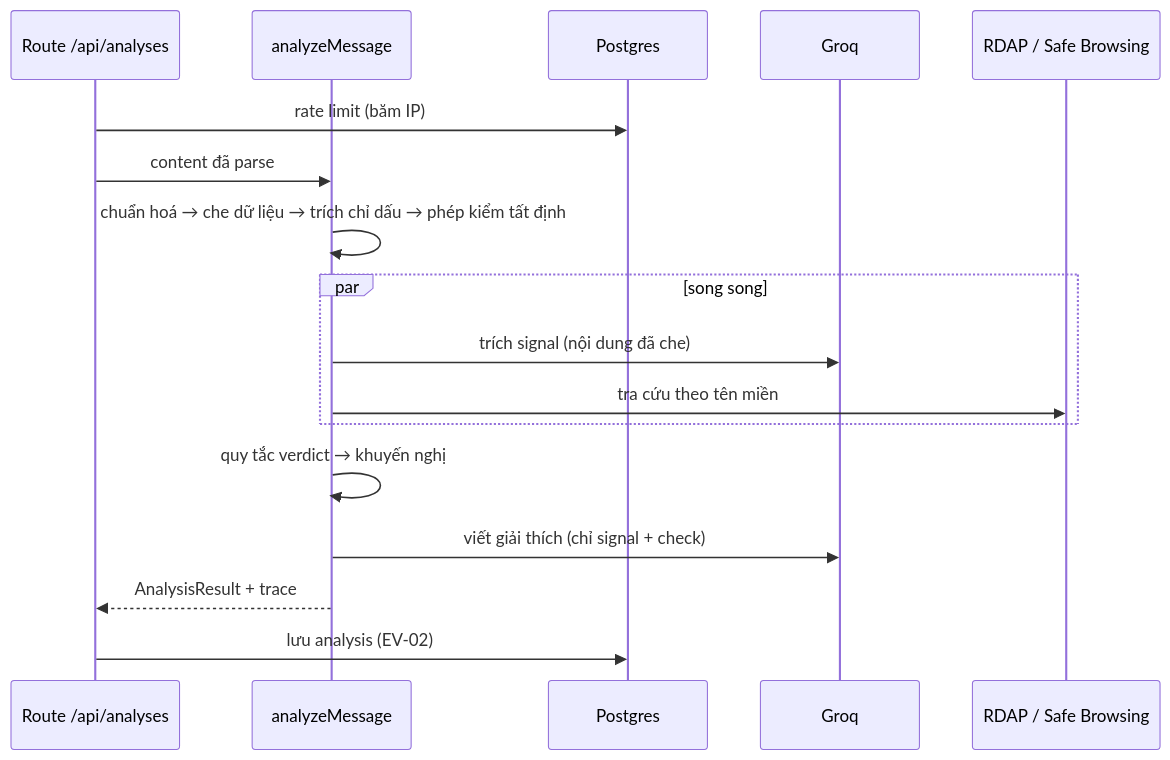
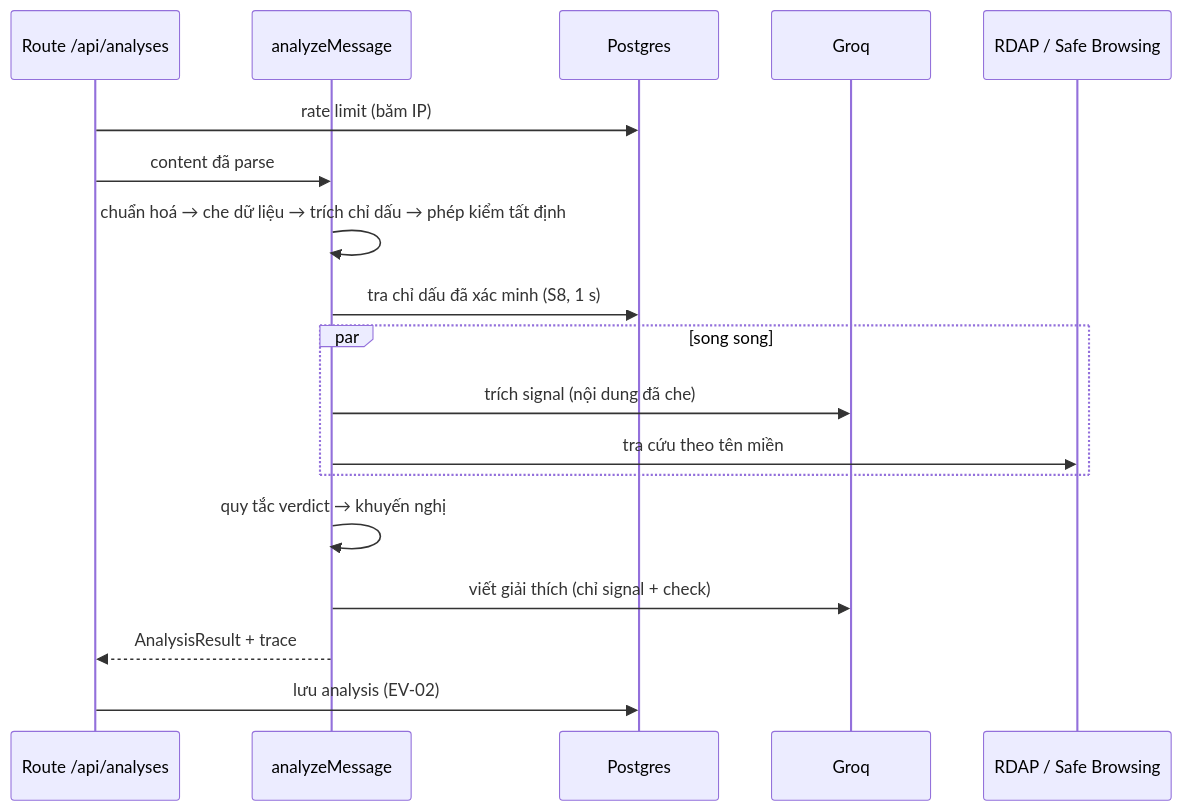
The diagram in docs/design/analysis-pipeline.md (AkiraTomori/ScamShield-Ops), drawn with Mermaid before and after one commit. The commit also changed other lines of this file and 23 other files, not shown here.

````diff
--- a/docs/design/analysis-pipeline.md
+++ b/docs/design/analysis-pipeline.md
@@ -34,20 +34,21 @@
 ```mermaid
 sequenceDiagram
     participant R as Route /api/analyses
     participant A as analyzeMessage
     participant DB as Postgres
     participant L as Groq
     participant X as RDAP / Safe Browsing
     R->>DB: rate limit (băm IP)
     R->>A: content đã parse
     A->>A: chuẩn hoá → che dữ liệu → trích chỉ dấu → phép kiểm tất định
+    A->>DB: tra chỉ dấu đã xác minh (S8, 1 s)
     par song song
         A->>L: trích signal (nội dung đã che)
         A->>X: tra cứu theo tên miền
     end
     A->>A: quy tắc verdict → khuyến nghị
     A->>L: viết giải thích (chỉ signal + check)
     A-->>R: AnalysisResult + trace
     R->>DB: lưu analysis (EV-02)
     
 ```
````
